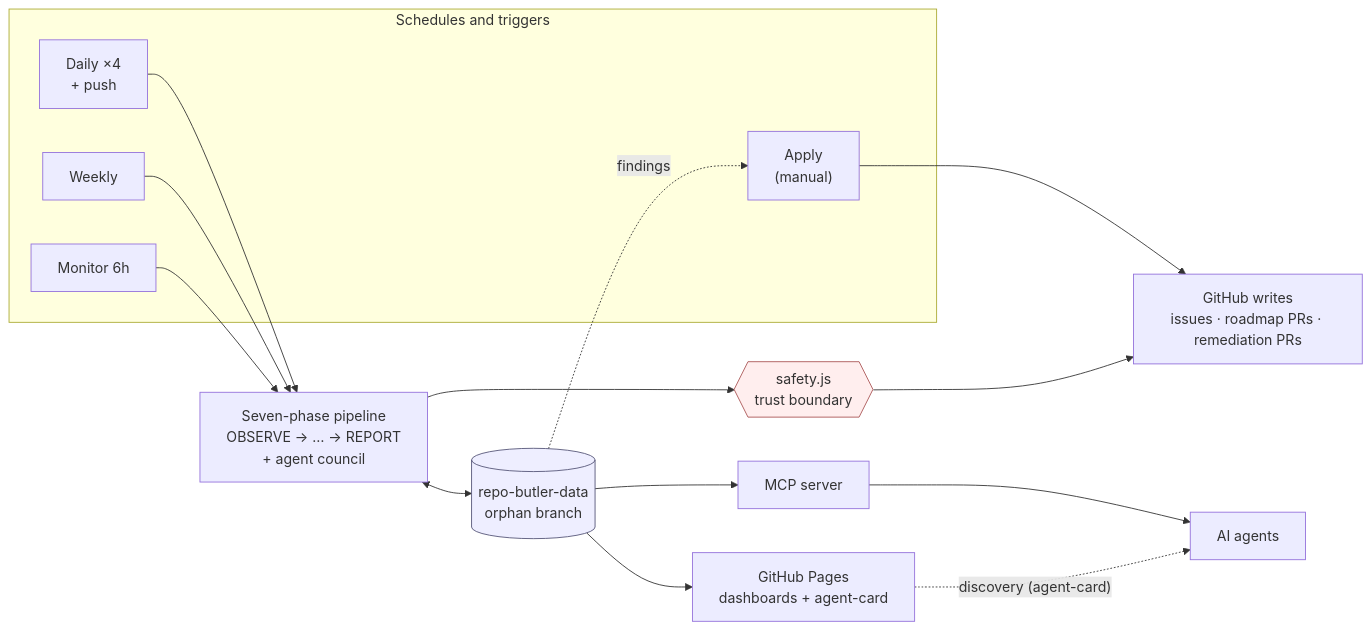
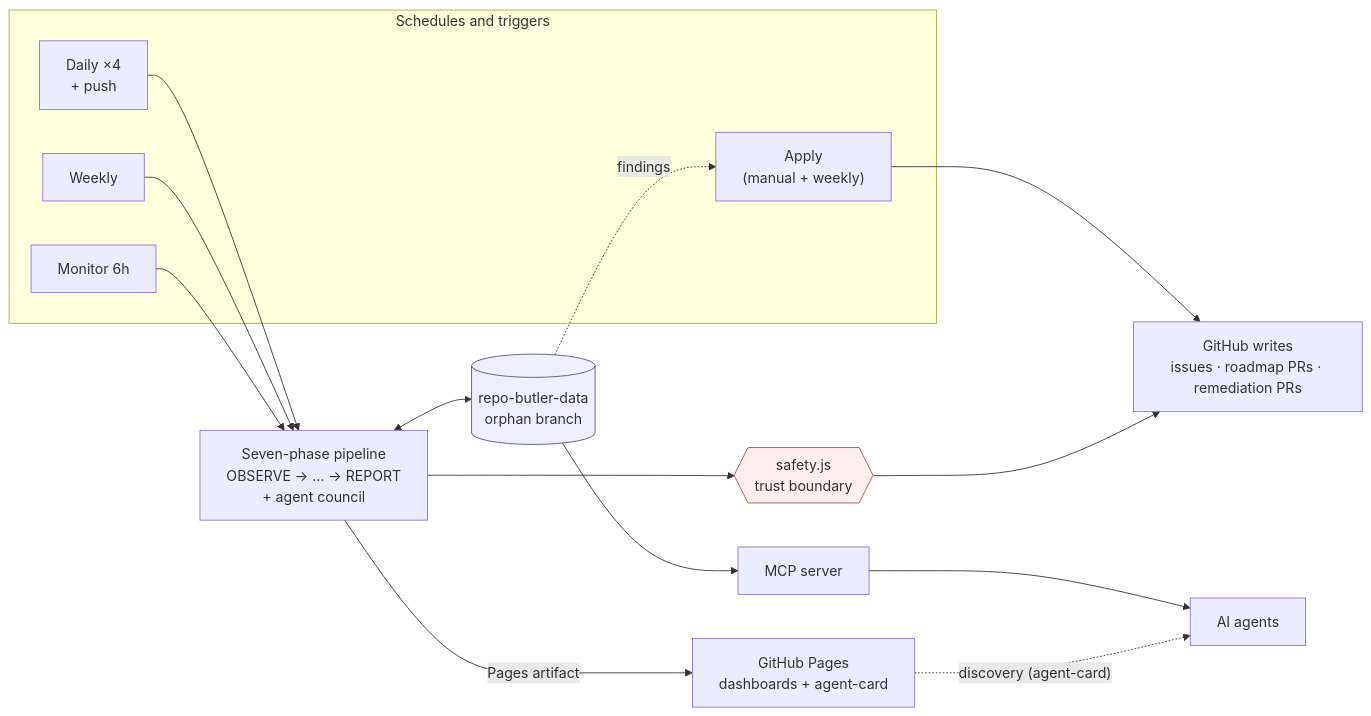
The first of 5 diagrams in docs/architecture.md (IsmaelMartinez/repo-butler), drawn with Mermaid before and after one commit. The commit also changed other lines of this file and 5 other files, not shown here.

````diff
--- a/docs/architecture.md
+++ b/docs/architecture.md
@@ -25,32 +26,32 @@
 ```mermaid
 flowchart LR
     subgraph S["Schedules and triggers"]
         D["Daily ×4<br/>+ push"]
         W["Weekly"]
         M["Monitor 6h"]
-        A["Apply<br/>(manual)"]
+        A["Apply<br/>(manual + weekly)"]
     end
     P["Seven-phase pipeline<br/>OBSERVE → … → REPORT<br/>+ agent council"]
     DB[("repo-butler-data<br/>orphan branch")]
     SF{{"safety.js<br/>trust boundary"}}
     GH["GitHub writes<br/>issues · roadmap PRs · remediation PRs"]
     PG["GitHub Pages<br/>dashboards + agent-card"]
     MCP["MCP server"]
     AG["AI agents"]
 
     D --> P
     W --> P
     M --> P
     DB -. "findings" .-> A
     A --> GH
     P <--> DB
     P --> SF --> GH
-    DB --> PG
+    P -- "Pages artifact" --> PG
     DB --> MCP --> AG
     PG -. "discovery (agent-card)" .-> AG
 
     classDef store fill:#eef,stroke:#557;
     classDef gate fill:#fee,stroke:#a55;
     class DB store;
     class SF gate;
 ```
````
